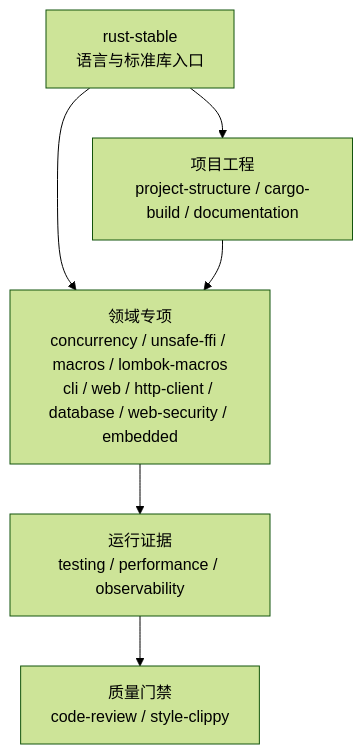
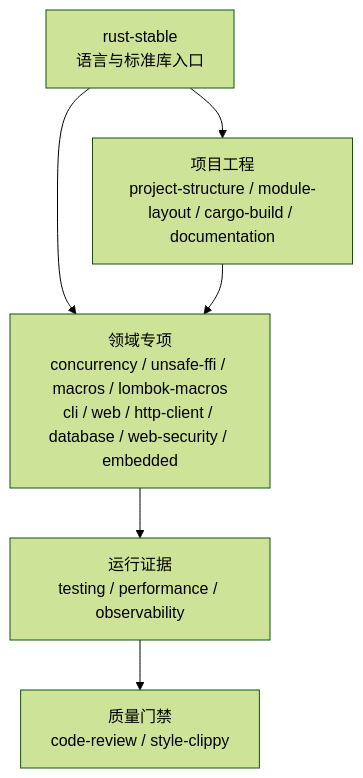
One commit to full-stack-skills/rust-skills changed the diagram in README.zh-CN.md. Above: the diagram before and after it, drawn with Mermaid (forest theme). The commit also changed other lines of this file and 28 other files, not shown here.

First line of the commit message:
feat(rust): 新增 rust-module-layout 技能，聚焦 crate 内部模块布局

````diff
--- a/README.zh-CN.md
+++ b/README.zh-CN.md
@@ -55,14 +55,14 @@
 ```mermaid
 flowchart TB
     S["rust-stable<br/>语言与标准库入口"]
-    P["项目工程<br/>project-structure / cargo-build / documentation"]
+    P["项目工程<br/>project-structure / module-layout / cargo-build / documentation"]
     D["领域专项<br/>concurrency / unsafe-ffi / macros / lombok-macros<br/>cli / web / http-client / database / web-security / embedded"]
     O["运行证据<br/>testing / performance / observability"]
     Q["质量门禁<br/>code-review / style-clippy"]
 
     S --> P
     S --> D
     P --> D
     D --> O
     O --> Q
 ```
````
